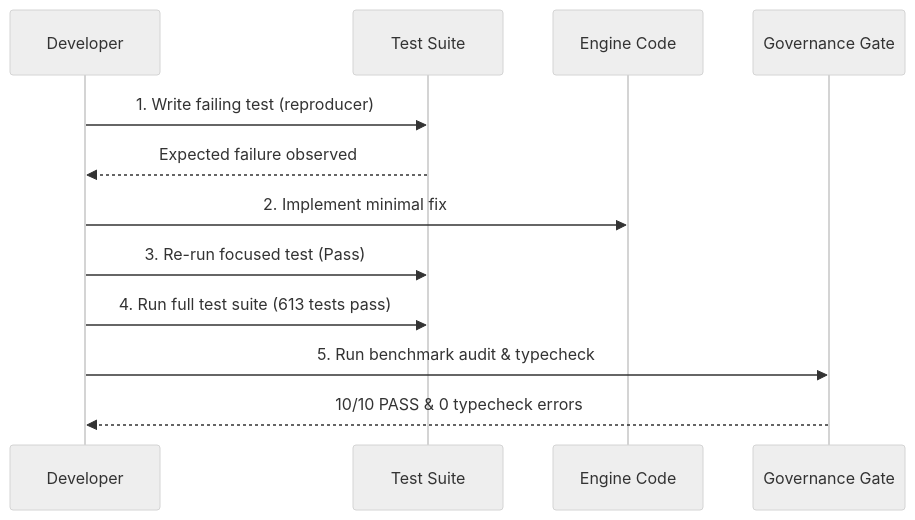
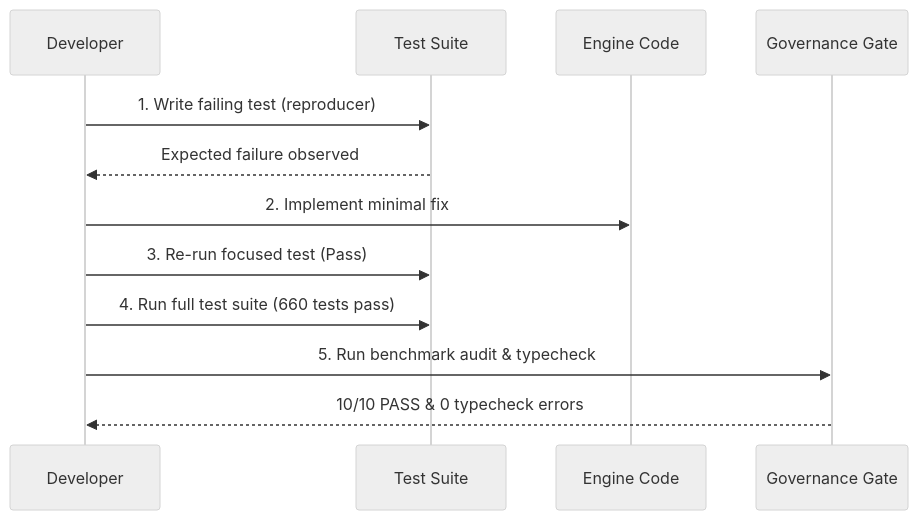
One commit to raitaskeen/LegacyExodus changed the diagram in docs/development/local-development.md. Above: the diagram before and after it, drawn with Mermaid (neutral theme). The commit also changed other lines of this file and 14 other files, not shown here.

````diff
--- a/docs/development/local-development.md
+++ b/docs/development/local-development.md
@@ -58,15 +64,15 @@
 ```mermaid
 sequenceDiagram
     participant Dev as Developer
     participant Test as Test Suite
     participant Engine as Engine Code
     participant Gov as Governance Gate
 
     Dev->>Test: 1. Write failing test (reproducer)
     Test-->>Dev: Expected failure observed
     Dev->>Engine: 2. Implement minimal fix
     Dev->>Test: 3. Re-run focused test (Pass)
-    Dev->>Test: 4. Run full test suite (613 tests pass)
+    Dev->>Test: 4. Run full test suite (660 tests pass)
     Dev->>Gov: 5. Run benchmark audit & typecheck
     Gov-->>Dev: 10/10 PASS & 0 typecheck errors
 ```
````
